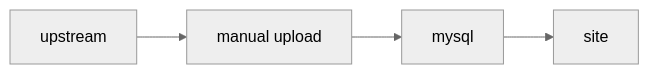
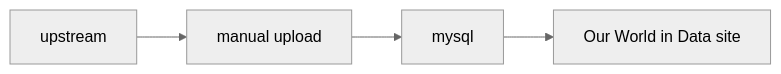
The second of 4 diagrams in docs/architecture/index.md (owid/etl), drawn with Mermaid (neutral theme) before and after one commit. The commit also changed other lines of this file and 6 other files, not shown here.

````diff
--- a/docs/architecture/index.md
+++ b/docs/architecture/index.md
@@ -32,5 +34,5 @@
 ```mermaid
 graph LR
 
-upstream --> upload[manual upload] --> mysql --> site
+upstream --> upload[manual upload] --> mysql --> site[Our World in Data site]
 ```
````
